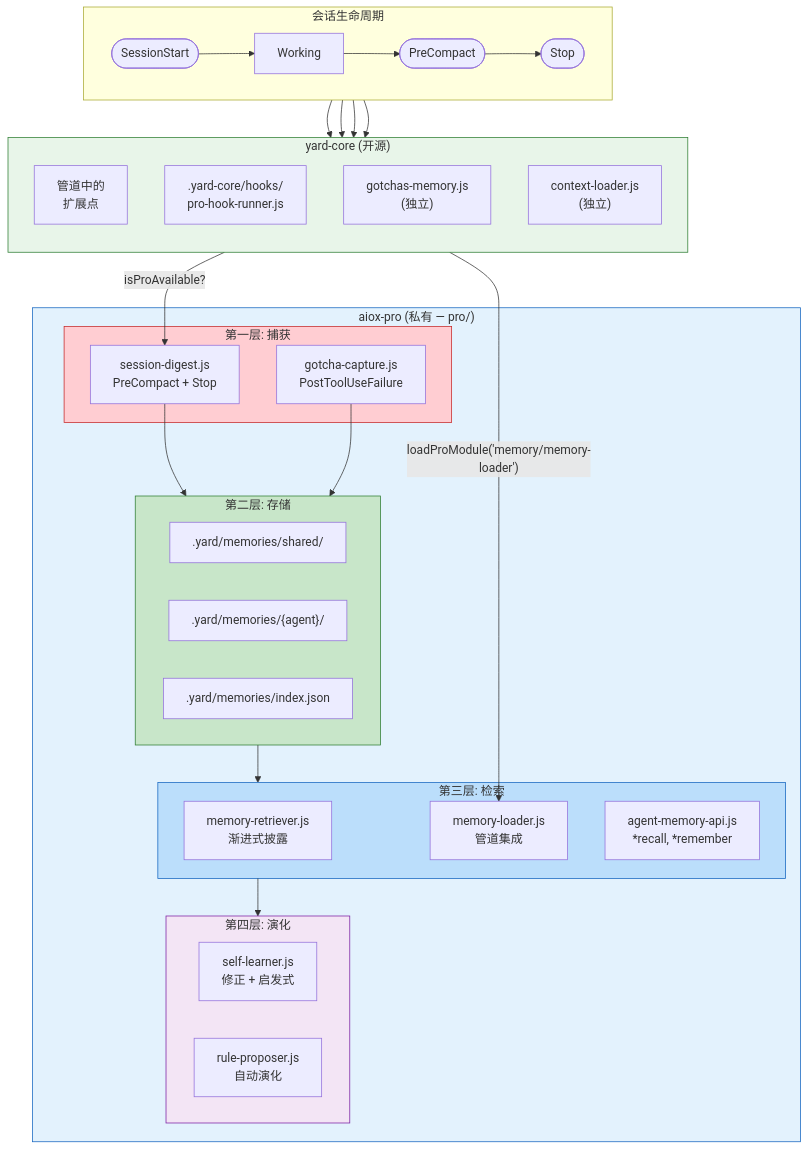
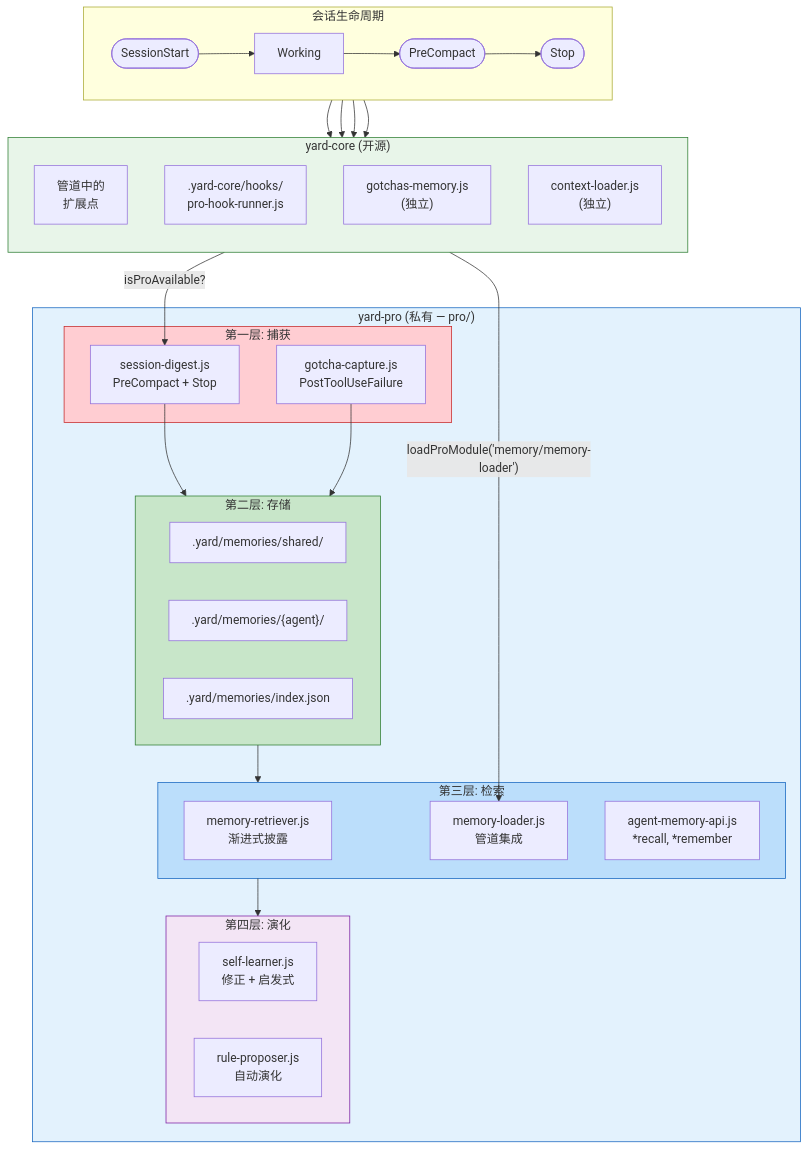
The second of 11 diagrams in docs/zh/guides/MEMORY-INTELLIGENCE-SYSTEM.md (ernesto-langa/yard-core), drawn with Mermaid before and after one commit. The commit also changed other lines of this file and 529 other files, not shown here.

````diff
--- a/docs/zh/guides/MEMORY-INTELLIGENCE-SYSTEM.md
+++ b/docs/zh/guides/MEMORY-INTELLIGENCE-SYSTEM.md
@@ -298,59 +298,59 @@
 ```mermaid
 flowchart TB
     subgraph SESSION["会话生命周期"]
         direction LR
         SS([SessionStart]) --> WORK[Working] --> PC([PreCompact]) --> STOP([Stop])
     end
 
     subgraph CORE_BOUNDARY["yard-core (开源)"]
         direction TB
         EXT["管道中的<br/>扩展点"]
         HOOK_RUNNER[".yard-core/hooks/<br/>pro-hook-runner.js"]
         GOTCHAS["gotchas-memory.js<br/>(独立)"]
         CTX_LOADER["context-loader.js<br/>(独立)"]
     end
 
-    subgraph PRO_BOUNDARY["aiox-pro (私有 — pro/)"]
+    subgraph PRO_BOUNDARY["yard-pro (私有 — pro/)"]
         subgraph CAPTURE["第一层: 捕获"]
             C1["session-digest.js<br/>PreCompact + Stop"]
             C2["gotcha-capture.js<br/>PostToolUseFailure"]
         end
 
         subgraph STORAGE["第二层: 存储"]
             ST1[".yard/memories/shared/"]
             ST2[".yard/memories/{agent}/"]
             ST3[".yard/memories/index.json"]
         end
 
         subgraph RETRIEVAL["第三层: 检索"]
             R1["memory-retriever.js<br/>渐进式披露"]
             R2["memory-loader.js<br/>管道集成"]
             R3["agent-memory-api.js<br/>*recall, *remember"]
         end
 
         subgraph EVOLUTION["第四层: 演化"]
             E1["self-learner.js<br/>修正 + 启发式"]
             E2["rule-proposer.js<br/>自动演化"]
         end
     end
 
     PC --> HOOK_RUNNER
     STOP --> HOOK_RUNNER
     HOOK_RUNNER -->|"isProAvailable?"| C1
     WORK --> GOTCHAS
 
     C1 --> STORAGE
     C2 --> STORAGE
     STORAGE --> RETRIEVAL
     RETRIEVAL --> EVOLUTION
 
     SS --> EXT
     EXT -->|"loadProModule('memory/memory-loader')"| R2
 
     style CORE_BOUNDARY fill:#E8F5E9,stroke:#2E7D32
     style PRO_BOUNDARY fill:#E3F2FD,stroke:#1565C0
     style CAPTURE fill:#FFCDD2,stroke:#C62828
     style STORAGE fill:#C8E6C9,stroke:#2E7D32
     style RETRIEVAL fill:#BBDEFB,stroke:#1565C0
     style EVOLUTION fill:#F3E5F5,stroke:#7B1FA2
 ```
````
